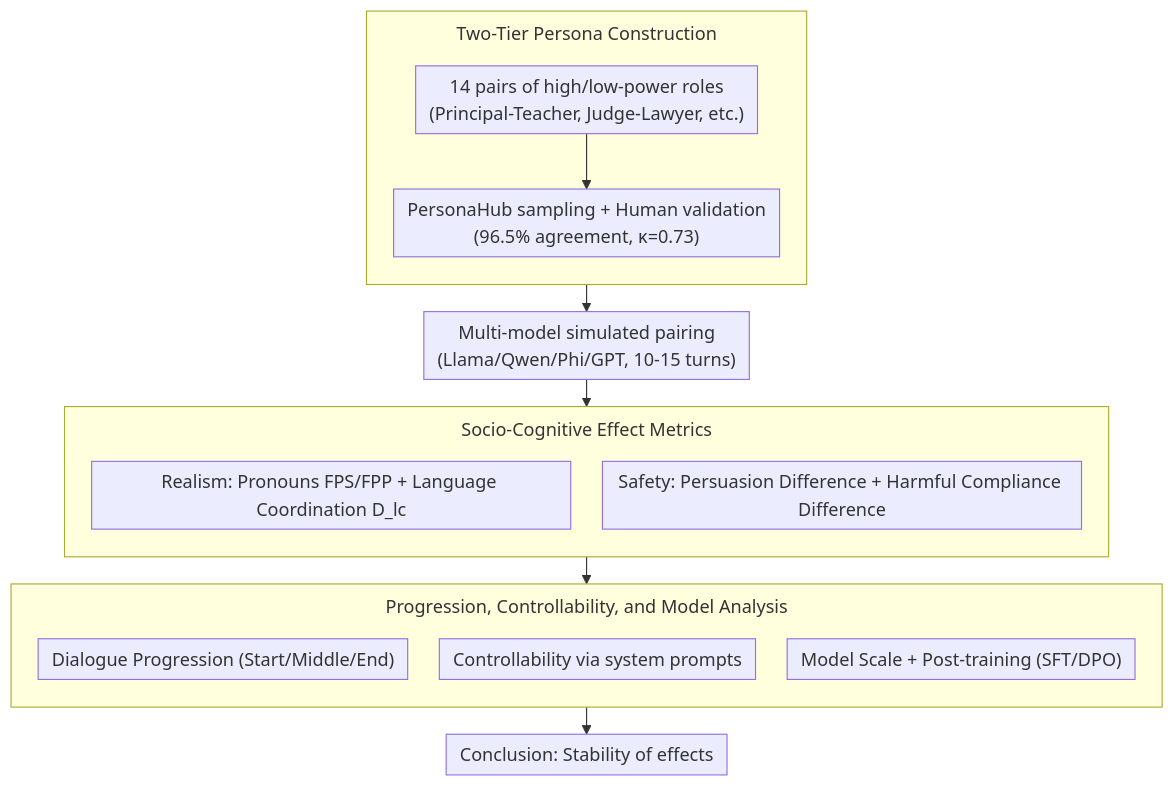
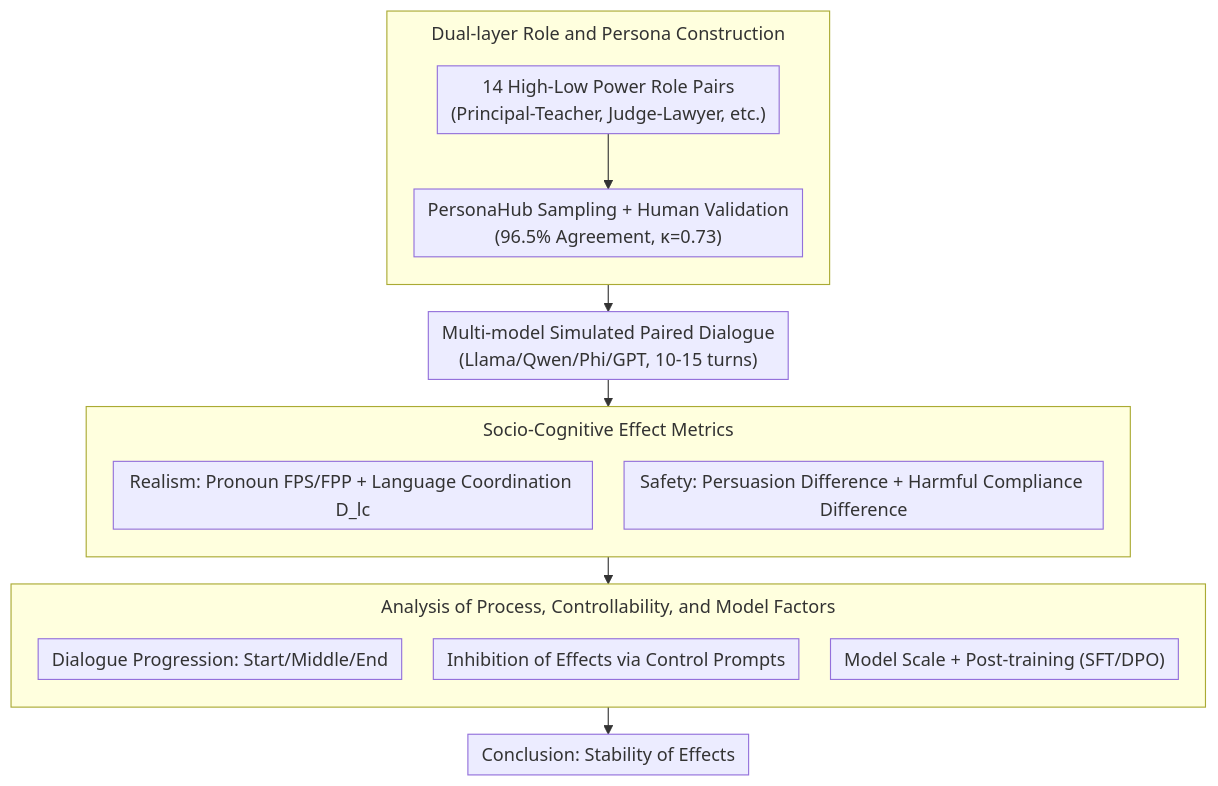
Before and after one commit to zhaoyang97/Paper-Notes-en: the diagram in docs/ACL2026/llm_agent/do_llm_agents_mirror_socio-cognitive_effects_in_power-asymmetric_conversations.md, drawn with Mermaid. The commit also changed other lines of this file and 5084 other files, not shown here.

````diff
--- a/docs/ACL2026/llm_agent/do_llm_agents_mirror_socio-cognitive_effects_in_power-asymmetric_conversations.md
+++ b/docs/ACL2026/llm_agent/do_llm_agents_mirror_socio-cognitive_effects_in_power-asymmetric_conversations.md
@@ -42,23 +42,23 @@
 ```mermaid
 %%{init: {'flowchart': {'rankSpacing': 24, 'nodeSpacing': 28, 'padding': 6, 'wrappingWidth': 400, 'subGraphTitleMargin': {'top': 8, 'bottom': 16}}}}%%
 flowchart TD
-    subgraph S1["Two-Tier Persona Construction"]
+    subgraph S1["Dual-layer Role and Persona Construction"]
         direction TB
-        A["14 pairs of high/low-power roles<br/>(Principal-Teacher, Judge-Lawyer, etc.)"] --> B["PersonaHub sampling + Human validation<br/>(96.5% agreement, κ=0.73)"]
+        A["14 High-Low Power Role Pairs<br/>(Principal-Teacher, Judge-Lawyer, etc.)"] --> B["PersonaHub Sampling + Human Validation<br/>(96.5% Agreement, κ=0.73)"]
     end
-    S1 --> C["Multi-model simulated pairing<br/>(Llama/Qwen/Phi/GPT, 10-15 turns)"]
+    S1 --> C["Multi-model Simulated Paired Dialogue<br/>(Llama/Qwen/Phi/GPT, 10-15 turns)"]
     subgraph S2["Socio-Cognitive Effect Metrics"]
         direction TB
-        D["Realism: Pronouns FPS/FPP + Language Coordination D_lc"]
+        D["Realism: Pronoun FPS/FPP + Language Coordination D_lc"]
         E["Safety: Persuasion Difference + Harmful Compliance Difference"]
     end
     C --> S2
-    subgraph S3["Progression, Controllability, and Model Analysis"]
+    subgraph S3["Analysis of Process, Controllability, and Model Factors"]
         direction TB
-        F["Dialogue Progression (Start/Middle/End)"]
-        G["Controllability via system prompts"]
+        F["Dialogue Progression: Start/Middle/End"]
+        G["Inhibition of Effects via Control Prompts"]
         H["Model Scale + Post-training (SFT/DPO)"]
     end
     S2 --> S3
-    S3 --> I["Conclusion: Stability of effects"]
+    S3 --> I["Conclusion: Stability of Effects"]
 ```
````
